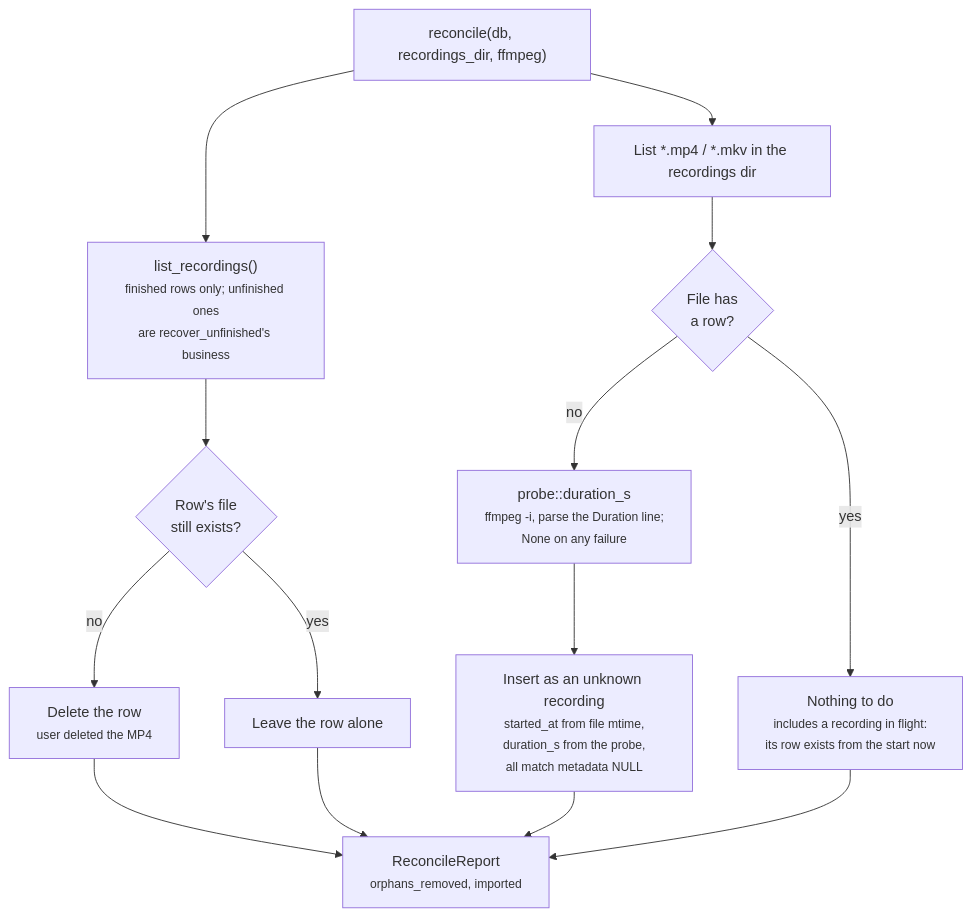
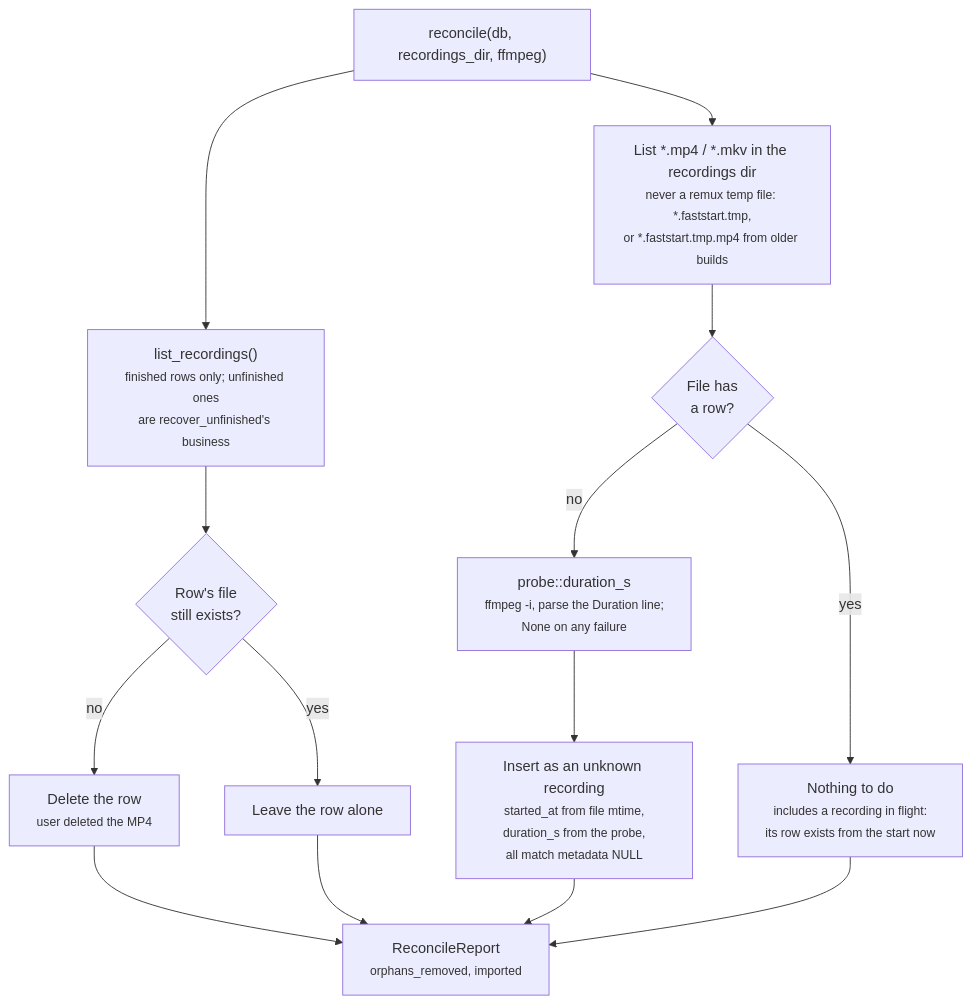
Before and after one commit to NinjaGoldfinch/ninja-recorder: the fourth of 5 diagrams in docs/data-model.md, drawn with Mermaid. The commit also changed other lines of this file and 10 other files, not shown here.

First line of the commit message:
feat(recovery): remux what startup recovery finds, through a shared faststart remux (#245)

````diff
--- a/docs/data-model.md
+++ b/docs/data-model.md
@@ -520,16 +545,16 @@
 ```mermaid
 flowchart TB
     START["reconcile(db, recordings_dir, ffmpeg)"] --> ROWS["list_recordings()<br/><small>finished rows only; unfinished ones<br/>are recover_unfinished's business</small>"]
-    START --> FILES["List *.mp4 / *.mkv in the recordings dir"]
+    START --> FILES["List *.mp4 / *.mkv in the recordings dir<br/><small>never a remux temp file: *.faststart.tmp,<br/>or *.faststart.tmp.mp4 from older builds</small>"]
     ROWS --> C1{"Row's file<br/>still exists?"}
     C1 -->|"no"| DROP["Delete the row<br/><small>user deleted the MP4</small>"]
     C1 -->|"yes"| KEEP["Leave the row alone"]
     FILES --> C2{"File has<br/>a row?"}
     C2 -->|"no"| PROBE["probe::duration_s<br/><small>ffmpeg -i, parse the Duration line;<br/>None on any failure</small>"]
     PROBE --> IMPORT["Insert as an unknown recording<br/><small>started_at from file mtime,<br/>duration_s from the probe,<br/>all match metadata NULL</small>"]
     C2 -->|"yes"| SKIP["Nothing to do<br/><small>includes a recording in flight:<br/>its row exists from the start now</small>"]
     DROP --> REP["ReconcileReport<br/><small>orphans_removed, imported</small>"]
     KEEP --> REP
     IMPORT --> REP
     SKIP --> REP
 ```
````
